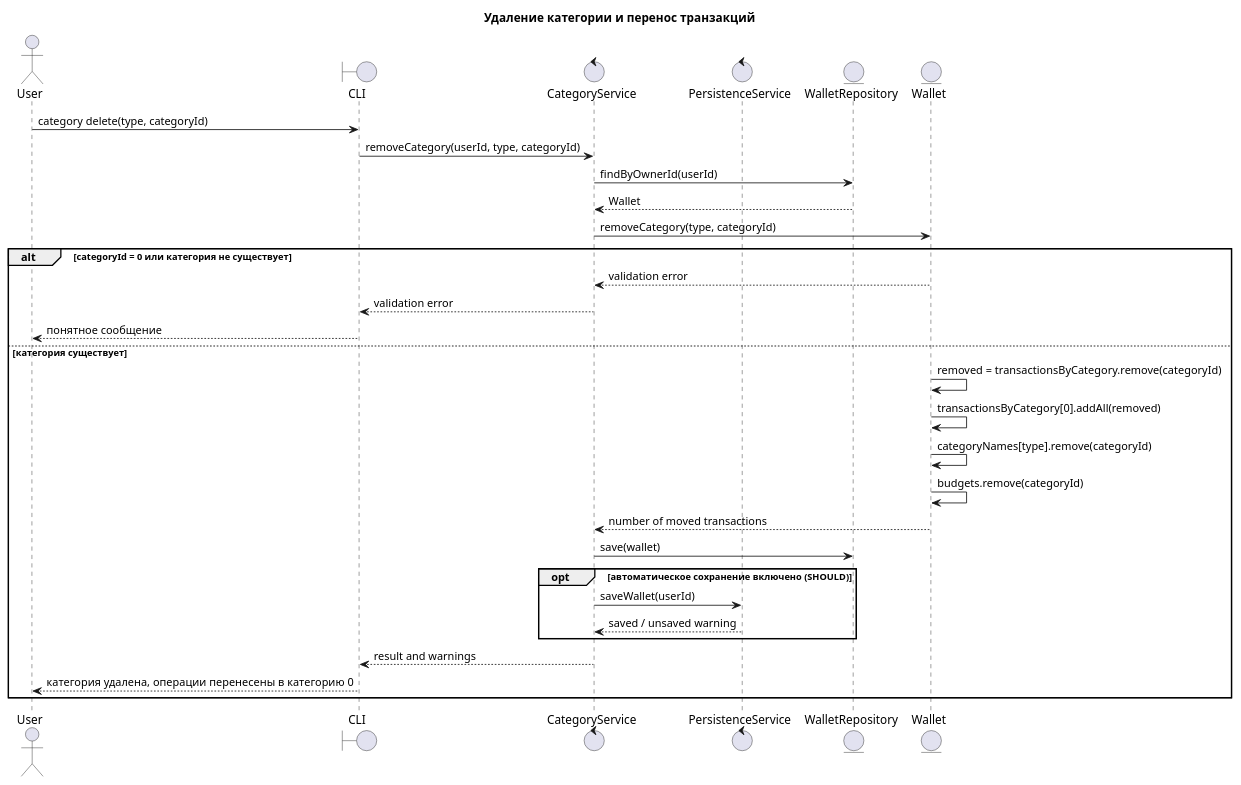
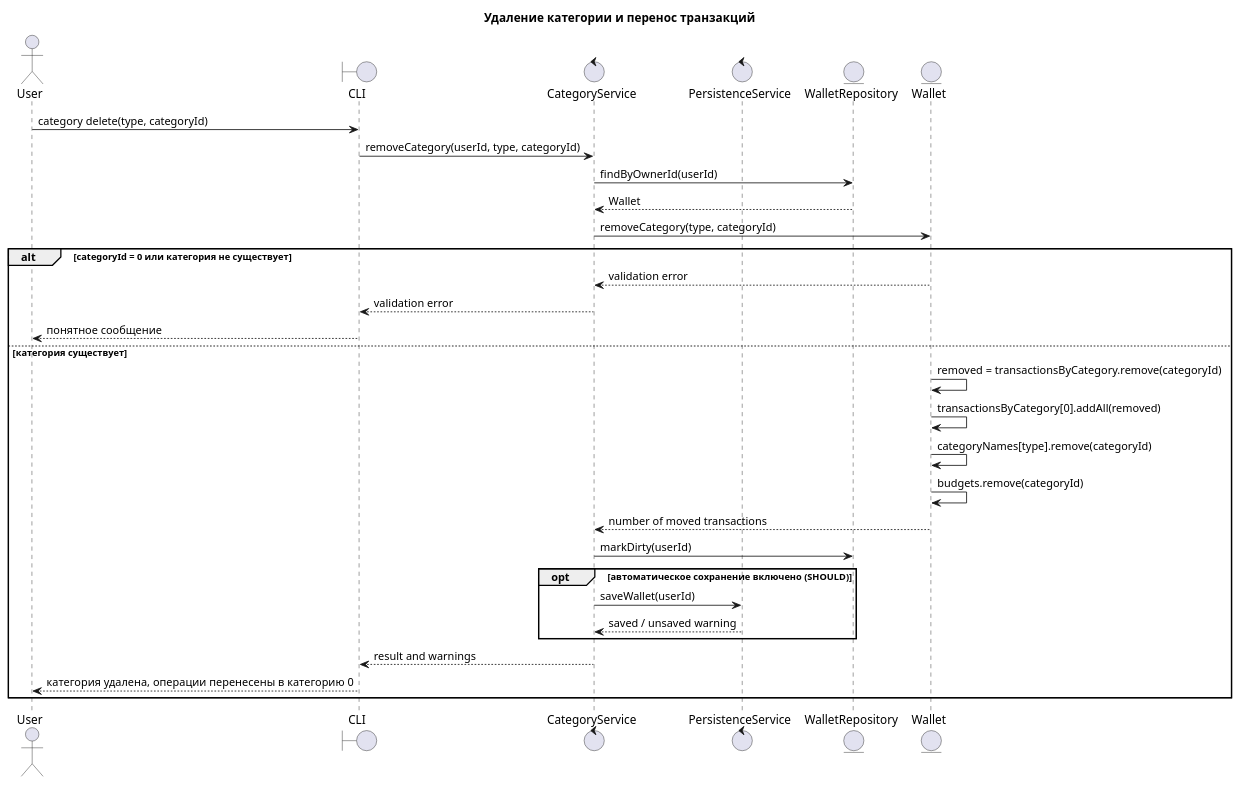
The diagram in docs/uml/category-removal-sequence.puml (kargamant/bank_service), drawn with PlantUML before and after one commit. The commit also changed 4 other files, not shown here.

```diff
--- a/docs/uml/category-removal-sequence.puml
+++ b/docs/uml/category-removal-sequence.puml
@@ -1,38 +1,38 @@
 @startuml
 title Удаление категории и перенос транзакций
 
 actor User
 boundary CLI
 control CategoryService
 control PersistenceService
 entity WalletRepository
 entity Wallet
 
 User -> CLI: category delete(type, categoryId)
 CLI -> CategoryService: removeCategory(userId, type, categoryId)
 CategoryService -> WalletRepository: findByOwnerId(userId)
 WalletRepository --> CategoryService: Wallet
 CategoryService -> Wallet: removeCategory(type, categoryId)
 
 alt categoryId = 0 или категория не существует
   Wallet --> CategoryService: validation error
   CategoryService --> CLI: validation error
   CLI --> User: понятное сообщение
 else категория существует
   Wallet -> Wallet: removed = transactionsByCategory.remove(categoryId)
   Wallet -> Wallet: transactionsByCategory[0].addAll(removed)
   Wallet -> Wallet: categoryNames[type].remove(categoryId)
   Wallet -> Wallet: budgets.remove(categoryId)
   Wallet --> CategoryService: number of moved transactions
-  CategoryService -> WalletRepository: save(wallet)
+  CategoryService -> WalletRepository: markDirty(userId)
 
   opt автоматическое сохранение включено (SHOULD)
     CategoryService -> PersistenceService: saveWallet(userId)
     PersistenceService --> CategoryService: saved / unsaved warning
   end
 
   CategoryService --> CLI: result and warnings
   CLI --> User: категория удалена, операции перенесены в категорию 0
 end
 
 @enduml
```
